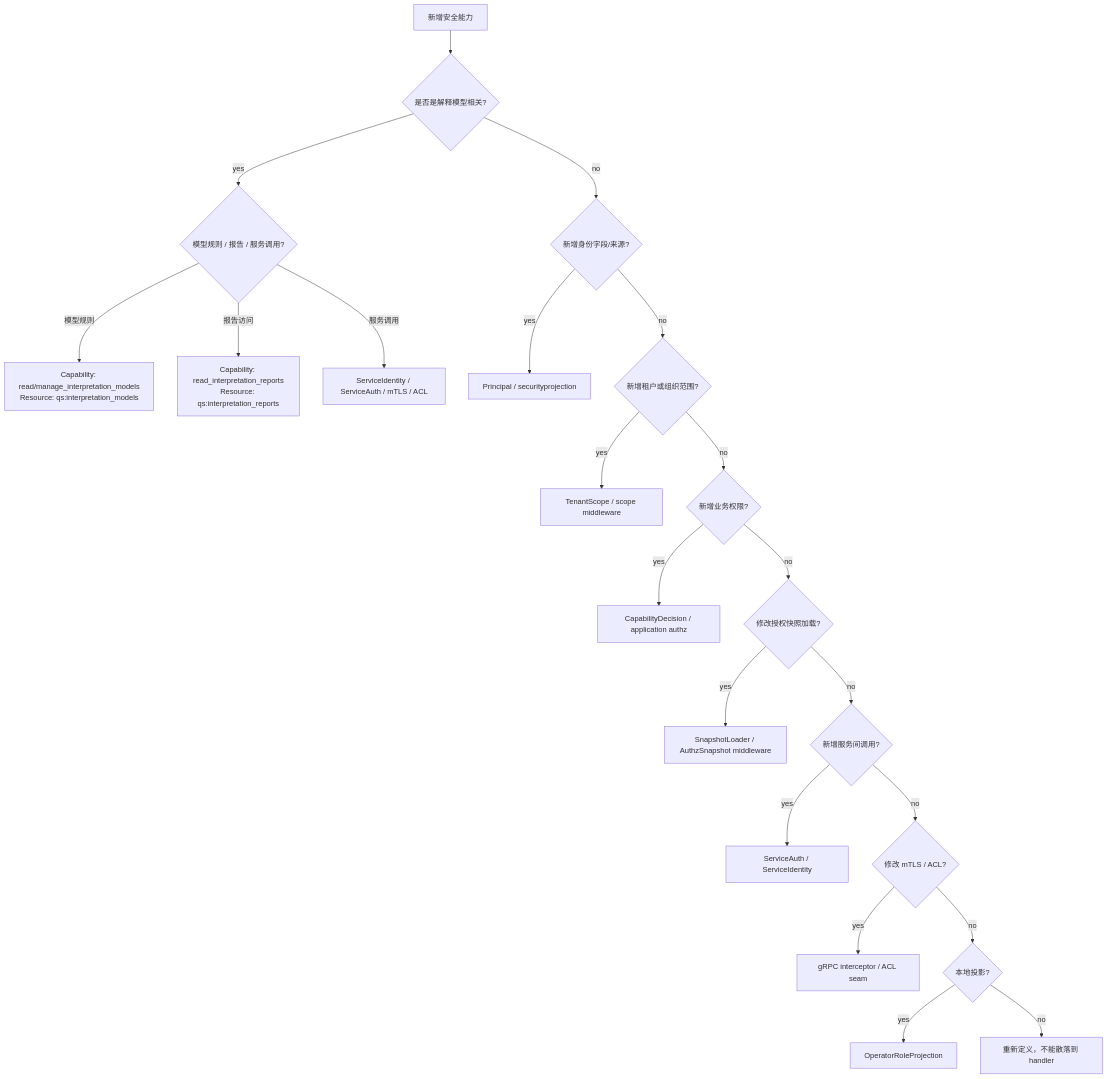
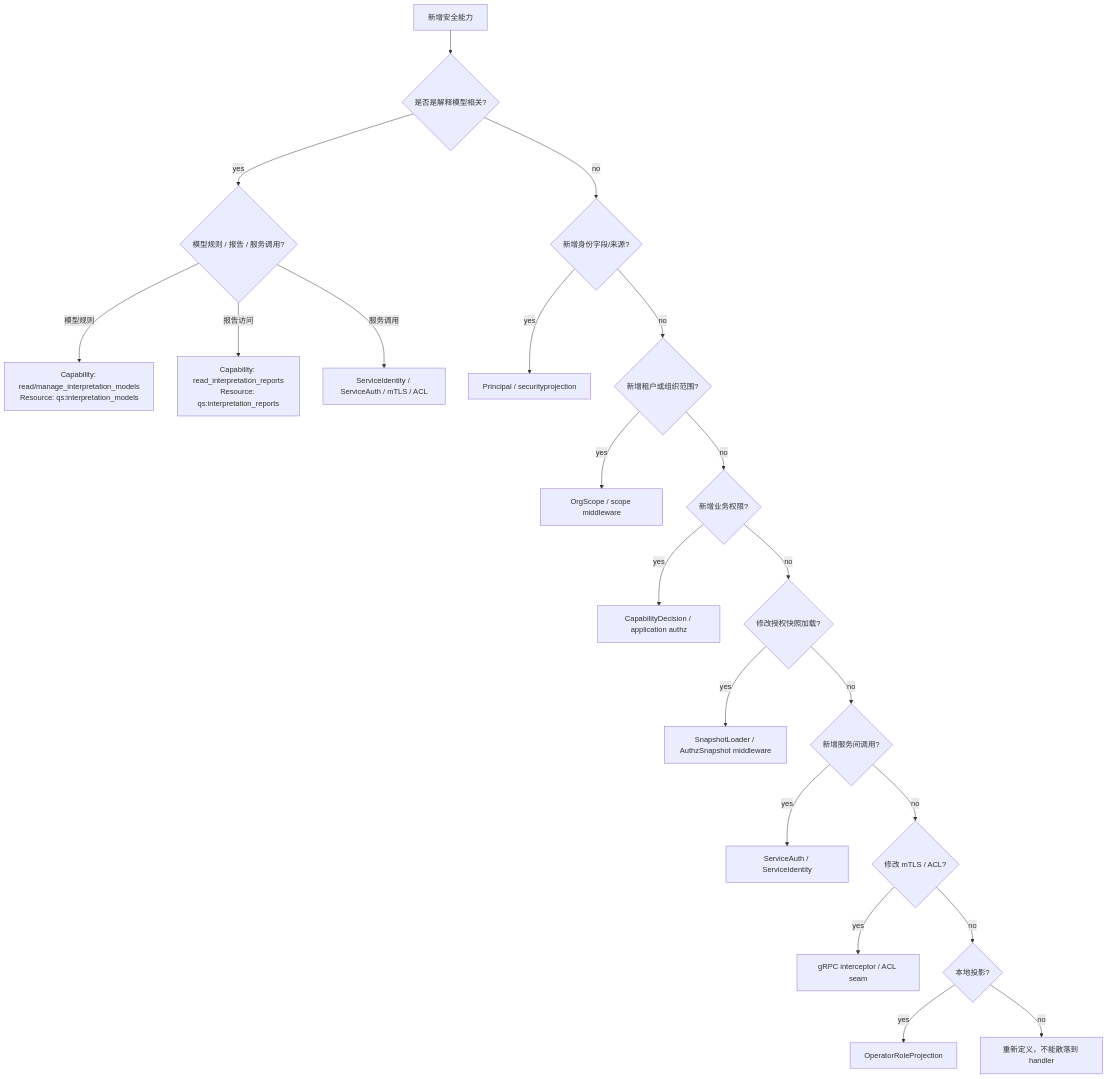
One commit to FangcunMount/qs-server changed the diagram in docs/03-基础设施/security/05-新增安全能力SOP.md. Above: the diagram before and after it, drawn with Mermaid. The commit also changed other lines of this file and 30 other files, not shown here.

Commit message:
doc  security 文档语义迁移，将 组合、组织模型统一为 TenantDomain + OrgID / OrgScope 模型，清理运行时、接口运维、专题分析、宣讲文档里的旧 TenantScope、旧 middleware、numeric org 等残留说法。

````diff
--- a/docs/03-基础设施/security/05-新增安全能力SOP.md
+++ b/docs/03-基础设施/security/05-新增安全能力SOP.md
@@ -70,23 +80,23 @@
 ```mermaid
 flowchart TD
     start["新增安全能力"] --> interpretation{"是否是解释模型相关?"}
     interpretation -->|yes| interpKind{"模型规则 / 报告 / 服务调用?"}
     interpKind -->|模型规则| interpModel["Capability: read/manage_interpretation_models\nResource: qs:interpretation_models"]
     interpKind -->|报告访问| interpReport["Capability: read_interpretation_reports\nResource: qs:interpretation_reports"]
     interpKind -->|服务调用| interpSvc["ServiceIdentity / ServiceAuth / mTLS / ACL"]
     interpretation -->|no| identity{"新增身份字段/来源?"}
     identity -->|yes| principal["Principal / securityprojection"]
     identity -->|no| scope{"新增租户或组织范围?"}
-    scope -->|yes| tenant["TenantScope / scope middleware"]
+    scope -->|yes| tenant["OrgScope / scope middleware"]
     scope -->|no| authz{"新增业务权限?"}
     authz -->|yes| cap["CapabilityDecision / application authz"]
     authz -->|no| snapshot{"修改授权快照加载?"}
     snapshot -->|yes| loader["SnapshotLoader / AuthzSnapshot middleware"]
     snapshot -->|no| service{"新增服务间调用?"}
     service -->|yes| serviceauth["ServiceAuth / ServiceIdentity"]
     service -->|no| mtls{"修改 mTLS / ACL?"}
     mtls -->|yes| acl["gRPC interceptor / ACL seam"]
     mtls -->|no| projection{"本地投影?"}
     projection -->|yes| op["OperatorRoleProjection"]
     projection -->|no| redesign["重新定义，不能散落到 handler"]
 ```
````
